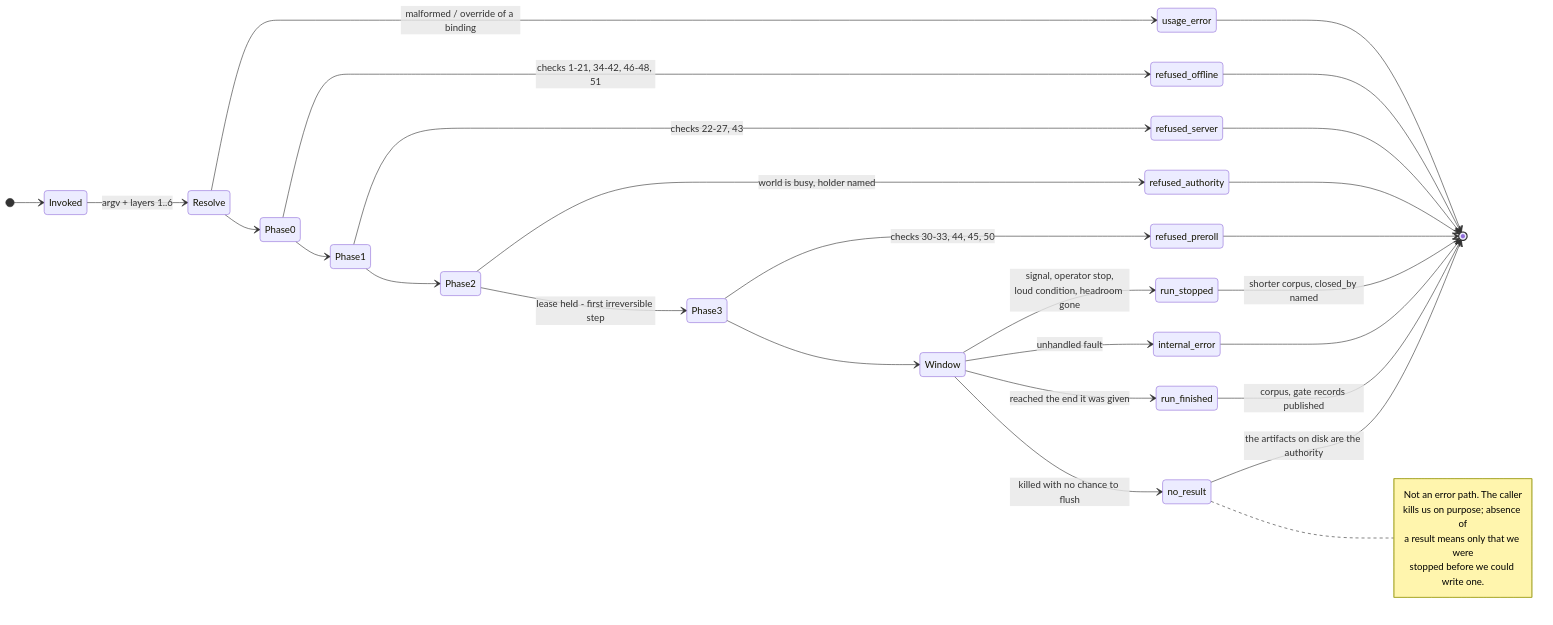
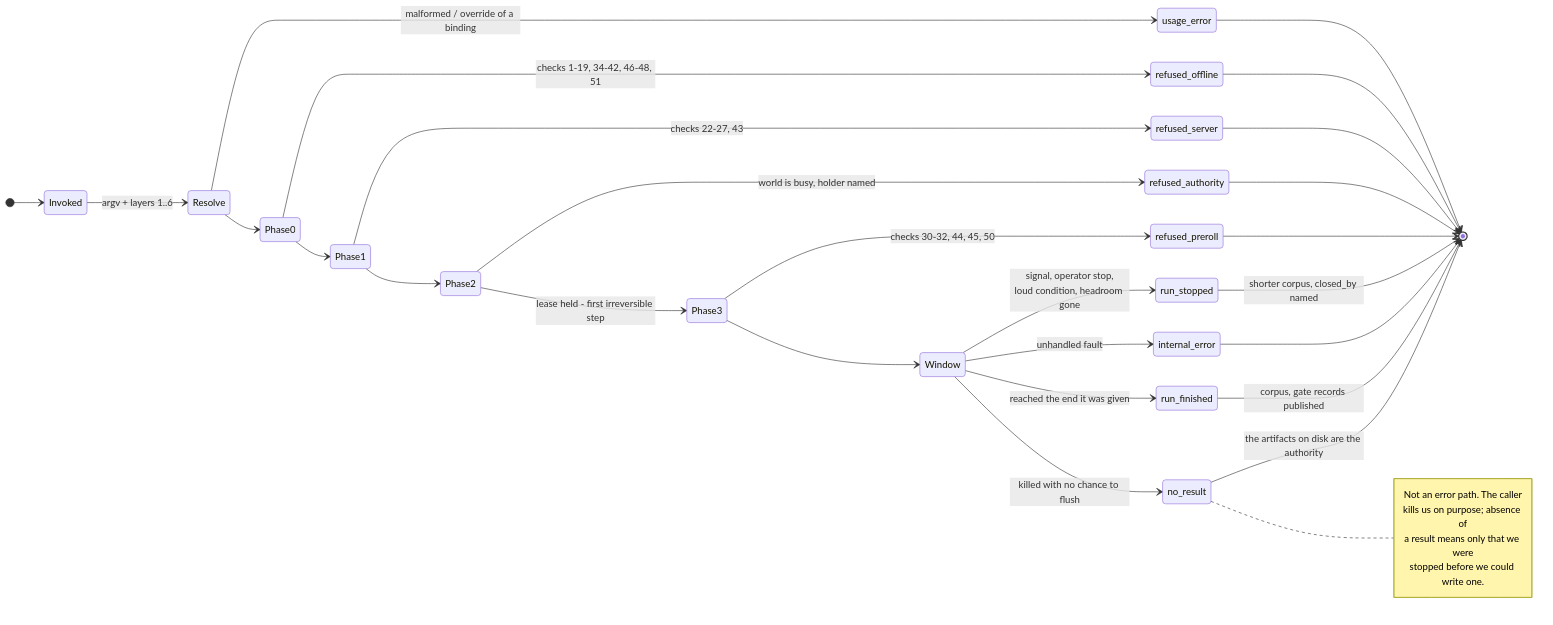
The second of 4 diagrams in Docs/CAT_Research/Plans/SUMO_Behavioral_Capture/12_Operator_Control_Surface.md (sbrett9/carla), drawn with Mermaid before and after one commit. The commit also changed other lines of this file, not shown here.

````diff
--- a/Docs/CAT_Research/Plans/SUMO_Behavioral_Capture/12_Operator_Control_Surface.md
+++ b/Docs/CAT_Research/Plans/SUMO_Behavioral_Capture/12_Operator_Control_Surface.md
@@ -770,37 +768,37 @@
 ```mermaid
 stateDiagram-v2
     direction LR
     [*] --> Invoked
     Invoked --> Resolve : argv + layers 1..6
     Resolve --> usage_error : malformed / override of a binding
     Resolve --> Phase0
-    Phase0 --> refused_offline : checks 1-21, 34-42, 46-48, 51
+    Phase0 --> refused_offline : checks 1-19, 34-42, 46-48, 51
     Phase0 --> Phase1
     Phase1 --> refused_server : checks 22-27, 43
     Phase1 --> Phase2
     Phase2 --> refused_authority : world is busy, holder named
     Phase2 --> Phase3 : lease held - first irreversible step
-    Phase3 --> refused_preroll : checks 30-33, 44, 45, 50
+    Phase3 --> refused_preroll : checks 30-32, 44, 45, 50
     Phase3 --> Window
     Window --> run_stopped : signal, operator stop,<br/>loud condition, headroom gone
     Window --> internal_error : unhandled fault
     Window --> run_finished : reached the end it was given
     Window --> no_result : killed with no chance to flush
 
     run_finished --> [*] : corpus, gate records published
     run_stopped --> [*] : shorter corpus, closed_by named
     no_result --> [*] : the artifacts on disk are the authority
     usage_error --> [*]
     refused_offline --> [*]
     refused_server --> [*]
     refused_authority --> [*]
     refused_preroll --> [*]
     internal_error --> [*]
 
     note right of no_result
         Not an error path. The caller
         kills us on purpose; absence of
         a result means only that we were
         stopped before we could write one.
     end note
 ```
````
